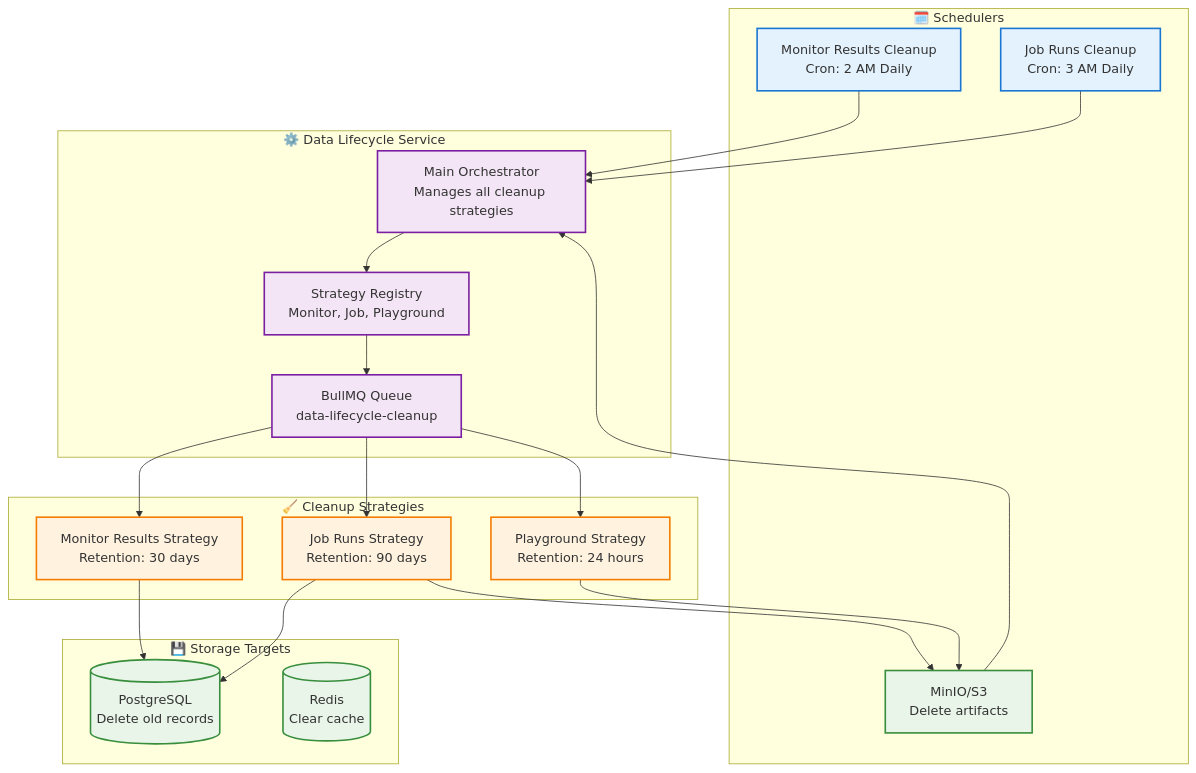
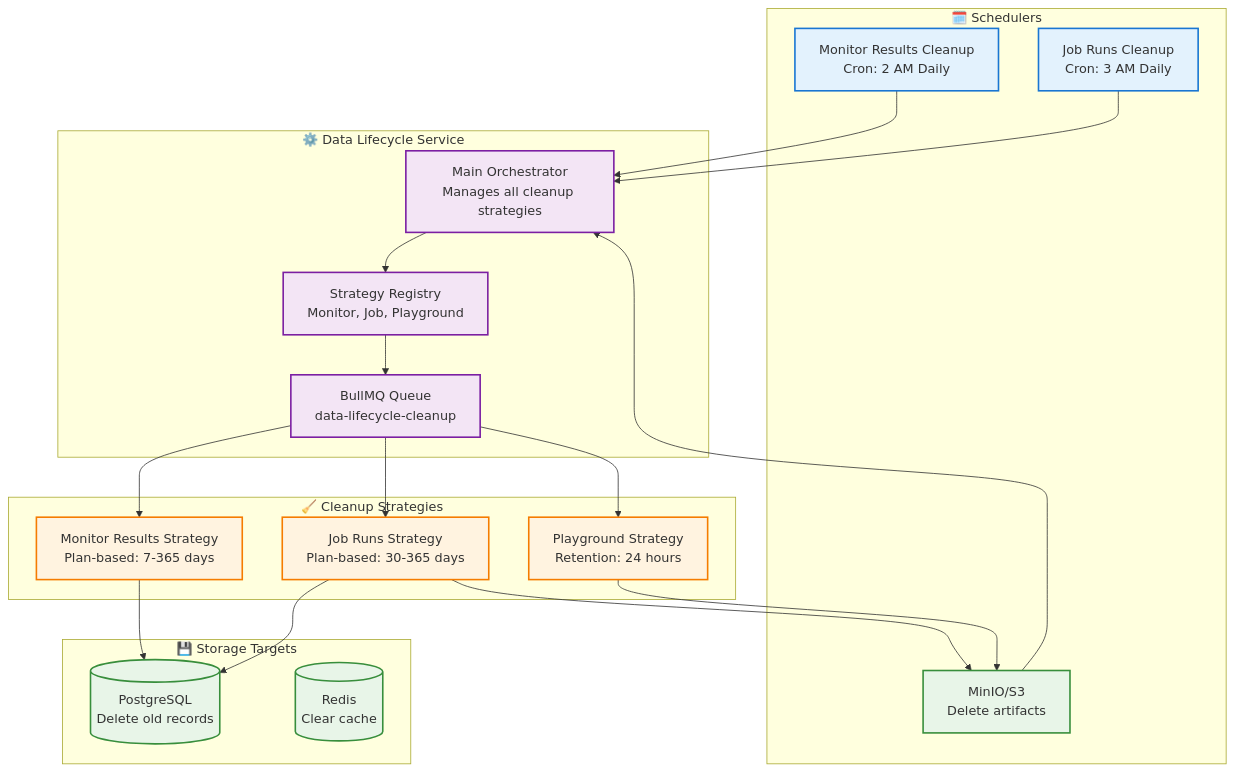
The second of 11 diagrams in specs/06-data/DATA_LIFECYCLE_SYSTEM.md (supercheck-io/supercheck), drawn with Mermaid before and after one commit. The commit also changed other lines of this file and 71 other files, not shown here.

Commit message:
Refactor schema files, data clean up chnages, monitor aggregation logic added

````diff
--- a/specs/06-data/DATA_LIFECYCLE_SYSTEM.md
+++ b/specs/06-data/DATA_LIFECYCLE_SYSTEM.md
@@ -17,45 +186,45 @@
 ```mermaid
 graph TB
     subgraph "🗓️ Schedulers"
         S1[Monitor Results Cleanup<br/>Cron: 2 AM Daily]
         S2[Job Runs Cleanup<br/>Cron: 3 AM Daily]
         S3[Playground Cleanup<br/>Cron: Every 12 Hours]
     end
 
     subgraph "⚙️ Data Lifecycle Service"
         DLS[Main Orchestrator<br/>Manages all cleanup strategies]
         REG[Strategy Registry<br/>Monitor, Job, Playground]
         QUEUE[BullMQ Queue<br/>data-lifecycle-cleanup]
     end
 
     subgraph "🧹 Cleanup Strategies"
-        CS1[Monitor Results Strategy<br/>Retention: 30 days]
-        CS2[Job Runs Strategy<br/>Retention: 90 days]
+        CS1[Monitor Results Strategy<br/>Plan-based: 7-365 days]
+        CS2[Job Runs Strategy<br/>Plan-based: 30-365 days]
         CS3[Playground Strategy<br/>Retention: 24 hours]
     end
 
     subgraph "💾 Storage Targets"
         DB[(PostgreSQL<br/>Delete old records)]
         S3[MinIO/S3<br/>Delete artifacts]
         REDIS[(Redis<br/>Clear cache)]
     end
 
     S1 & S2 & S3 --> DLS
     DLS --> REG
     REG --> QUEUE
     QUEUE --> CS1 & CS2 & CS3
 
     CS1 --> DB
     CS2 --> DB & S3
     CS3 --> S3
 
     classDef scheduler fill:#e3f2fd,stroke:#1976d2,stroke-width:2px
     classDef service fill:#f3e5f5,stroke:#7b1fa2,stroke-width:2px
     classDef strategy fill:#fff3e0,stroke:#f57c00,stroke-width:2px
     classDef storage fill:#e8f5e8,stroke:#388e3c,stroke-width:2px
 
     class S1,S2,S3 scheduler
     class DLS,REG,QUEUE service
     class CS1,CS2,CS3 strategy
     class DB,S3,REDIS storage
 ```
````
